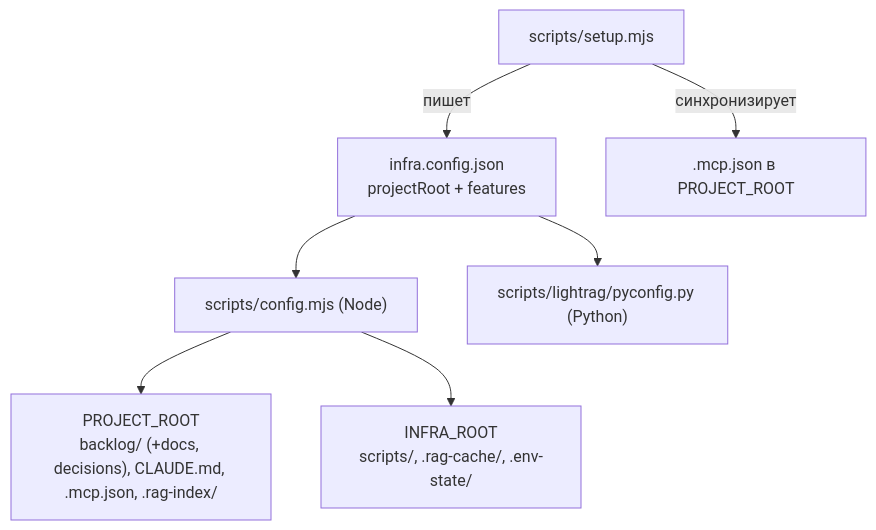
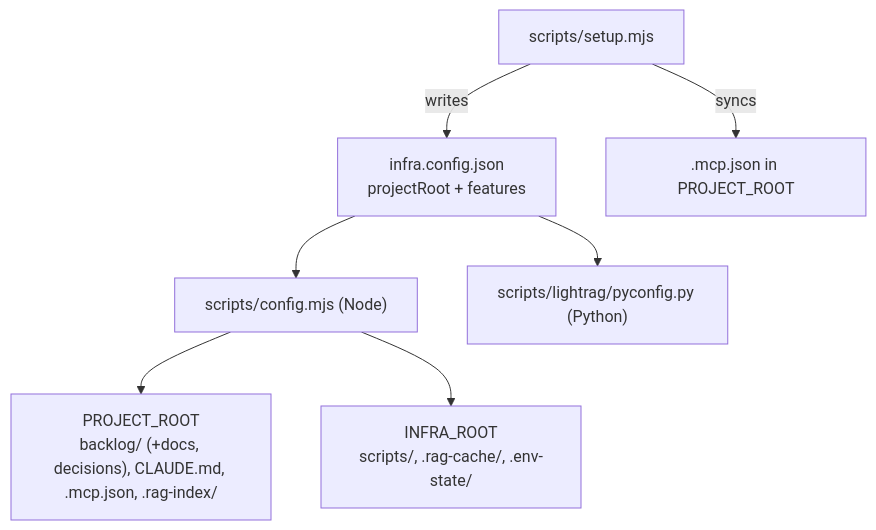
One commit to Reasp/projecthub-oss changed the fifth of 7 diagrams in template/README.md. Above: the diagram before and after it, drawn with Mermaid. The commit also changed other lines of this file and 22 other files, not shown here.

````diff
--- a/template/README.md
+++ b/template/README.md
@@ -264,10 +270,10 @@
 ```mermaid
 graph TD
     CFG["infra.config.json<br/>projectRoot + features"]
     CFG --> NC["scripts/config.mjs (Node)"]
     CFG --> PC["scripts/lightrag/pyconfig.py (Python)"]
     NC --> PR["PROJECT_ROOT<br/>backlog/ (+docs, decisions), CLAUDE.md, .mcp.json, .rag-index/"]
     NC --> IR["INFRA_ROOT<br/>scripts/, .rag-cache/, .env-state/"]
-    SETUP["scripts/setup.mjs"] -->|пишет| CFG
-    SETUP -->|синхронизирует| MCP[".mcp.json в PROJECT_ROOT"]
+    SETUP["scripts/setup.mjs"] -->|writes| CFG
+    SETUP -->|syncs| MCP[".mcp.json in PROJECT_ROOT"]
 ```
````
